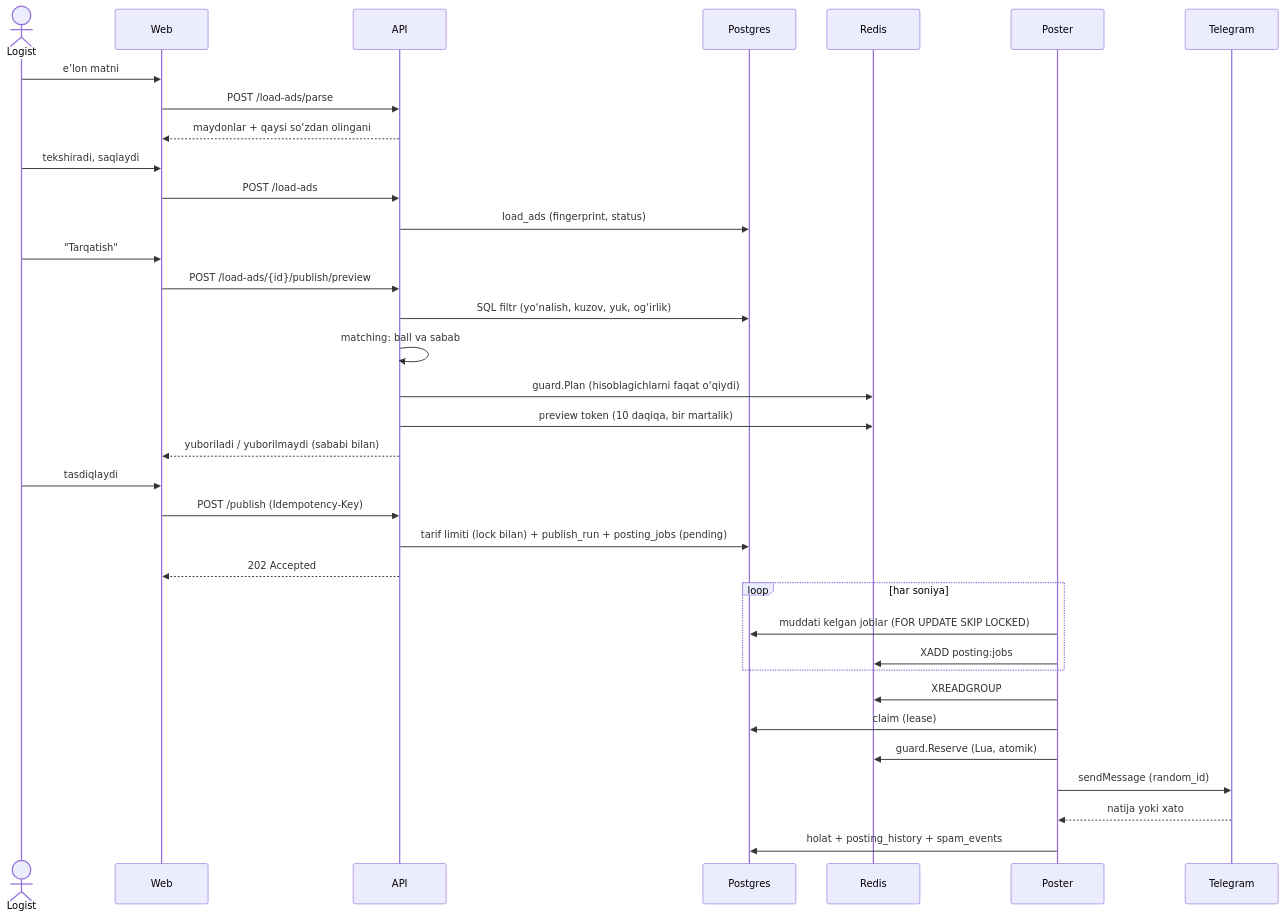
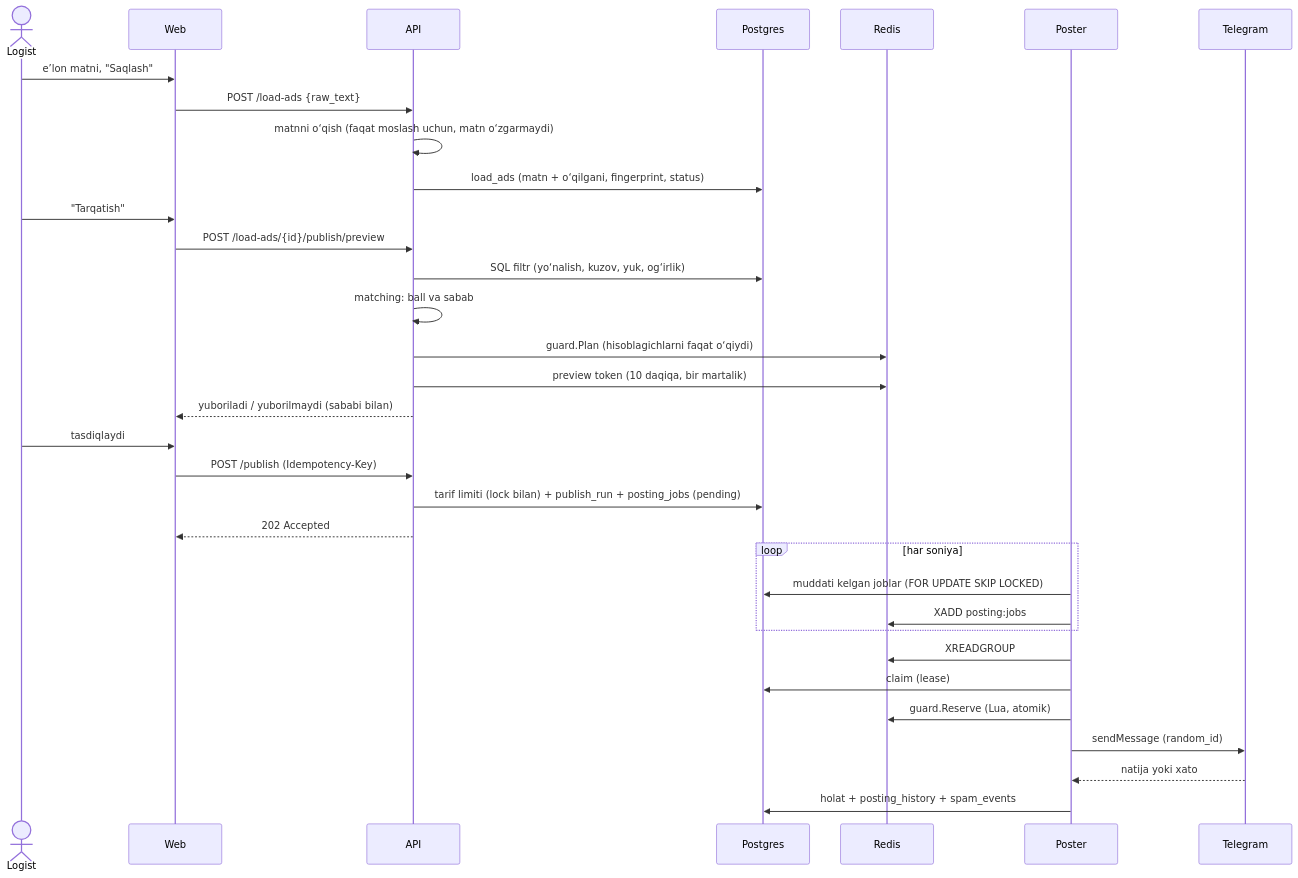
Before and after one commit to jalil2020/Loadify: the second of 2 diagrams in docs/01-architecture.md, drawn with Mermaid. The commit also changed 32 other files, not shown here.

First line of the commit message:
feat: post the advert text exactly as written

````diff
--- a/docs/01-architecture.md
+++ b/docs/01-architecture.md
@@ -75,38 +75,36 @@
 ```mermaid
 sequenceDiagram
     actor L as Logist
     participant W as Web
     participant A as API
     participant P as Postgres
     participant R as Redis
     participant PO as Poster
     participant T as Telegram
 
-    L->>W: e’lon matni
-    W->>A: POST /load-ads/parse
-    A-->>W: maydonlar + qaysi so‘zdan olingani
-    L->>W: tekshiradi, saqlaydi
-    W->>A: POST /load-ads
-    A->>P: load_ads (fingerprint, status)
+    L->>W: e’lon matni, "Saqlash"
+    W->>A: POST /load-ads {raw_text}
+    A->>A: matnni o‘qish (faqat moslash uchun, matn o‘zgarmaydi)
+    A->>P: load_ads (matn + o‘qilgani, fingerprint, status)
     L->>W: "Tarqatish"
     W->>A: POST /load-ads/{id}/publish/preview
     A->>P: SQL filtr (yo‘nalish, kuzov, yuk, og‘irlik)
     A->>A: matching: ball va sabab
     A->>R: guard.Plan (hisoblagichlarni faqat o‘qiydi)
     A->>R: preview token (10 daqiqa, bir martalik)
     A-->>W: yuboriladi / yuborilmaydi (sababi bilan)
     L->>W: tasdiqlaydi
     W->>A: POST /publish (Idempotency-Key)
     A->>P: tarif limiti (lock bilan) + publish_run + posting_jobs (pending)
     A-->>W: 202 Accepted
     loop har soniya
         PO->>P: muddati kelgan joblar (FOR UPDATE SKIP LOCKED)
         PO->>R: XADD posting:jobs
     end
     PO->>R: XREADGROUP
     PO->>P: claim (lease)
     PO->>R: guard.Reserve (Lua, atomik)
     PO->>T: sendMessage (random_id)
     T-->>PO: natija yoki xato
     PO->>P: holat + posting_history + spam_events
 ```
````
